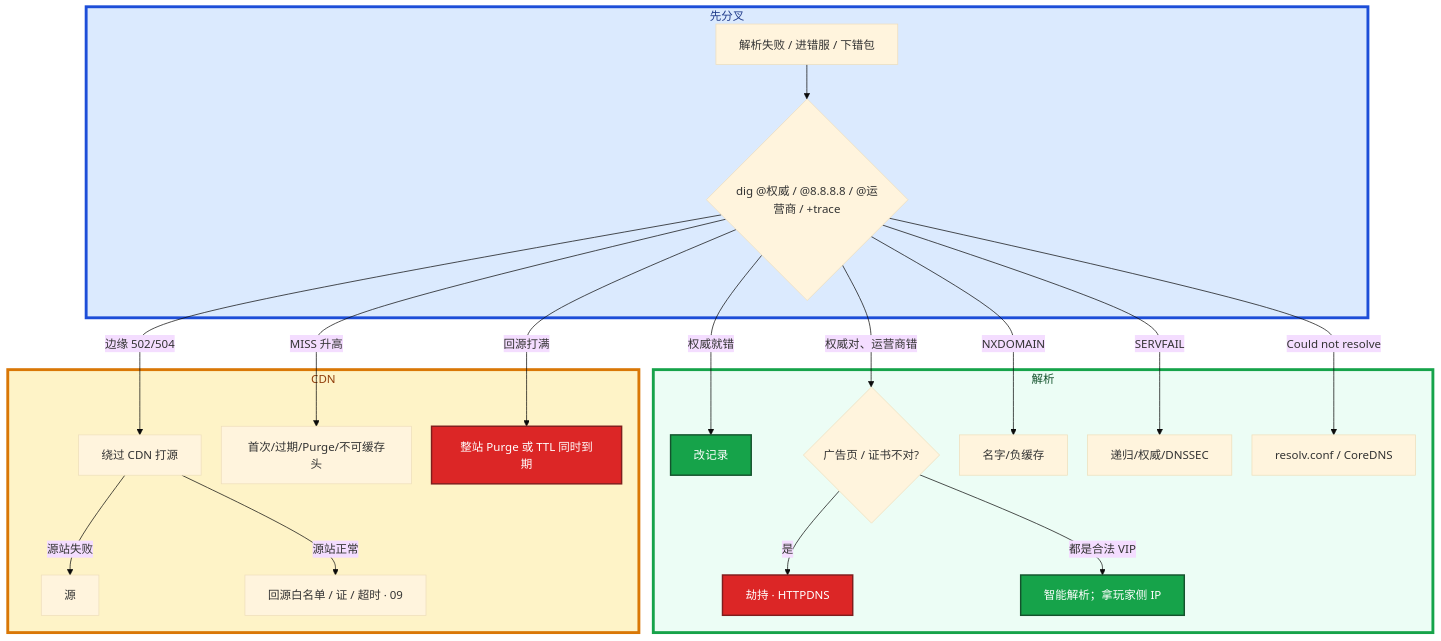
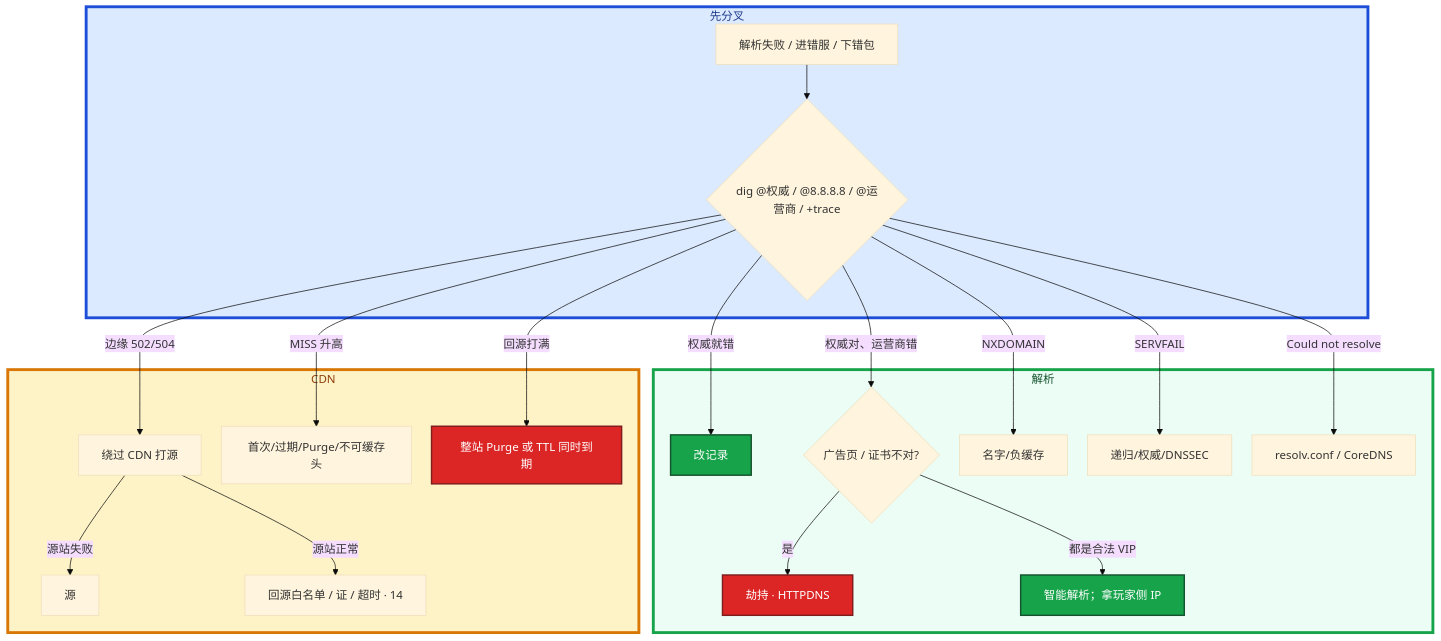
The seventh of 7 diagrams in 01-基础底座/15-DNS与CDN/知识点.md (ml-cuizijun/LearnToLilith), drawn with Mermaid before and after one commit. The commit also changed other lines of this file and 56 other files, not shown here.

````diff
--- a/01-基础底座/15-DNS与CDN/知识点.md
+++ b/01-基础底座/15-DNS与CDN/知识点.md
@@ -868,34 +868,34 @@
 ```mermaid
 %%{init: {"flowchart": {"padding": 16, "nodeSpacing": 28, "rankSpacing": 48}, "theme": "base"}}%%
 flowchart TB
     subgraph gate ["先分叉"]
         A[解析失败 / 进错服 / 下错包] --> B{dig @权威 / @8.8.8.8 / @运营商 / +trace}
     end
 
     subgraph dns ["解析"]
         B -->|权威就错| C[改记录]
         B -->|权威对、运营商错| D{广告页 / 证书不对?}
         D -->|是| E[劫持 · HTTPDNS]
         D -->|都是合法 VIP| F[智能解析；拿玩家侧 IP]
         B -->|NXDOMAIN| G[名字/负缓存]
         B -->|SERVFAIL| H[递归/权威/DNSSEC]
         B -->|Could not resolve| I[resolv.conf / CoreDNS]
     end
 
     subgraph cdn ["CDN"]
         B -->|边缘 502/504| J[绕过 CDN 打源]
         J -->|源站失败| K[源]
-        J -->|源站正常| L[回源白名单 / 证 / 超时 · 09]
+        J -->|源站正常| L[回源白名单 / 证 / 超时 · 14]
         B -->|MISS 升高| M[首次/过期/Purge/不可缓存头]
         B -->|回源打满| N[整站 Purge 或 TTL 同时到期]
     end
 
     classDef bad fill:#DC2626,stroke:#7F1D1D,stroke-width:2px,color:#fff
     classDef ok fill:#16A34A,stroke:#14532D,stroke-width:2px,color:#fff
     class E,N bad
     class C,F ok
 
     style gate fill:#DBEAFE,stroke:#1D4ED8,stroke-width:4px,color:#1E3A8A
     style dns fill:#ECFDF5,stroke:#16A34A,stroke-width:4px,color:#14532D
     style cdn fill:#FEF3C7,stroke:#D97706,stroke-width:4px,color:#92400E
 ```
````
